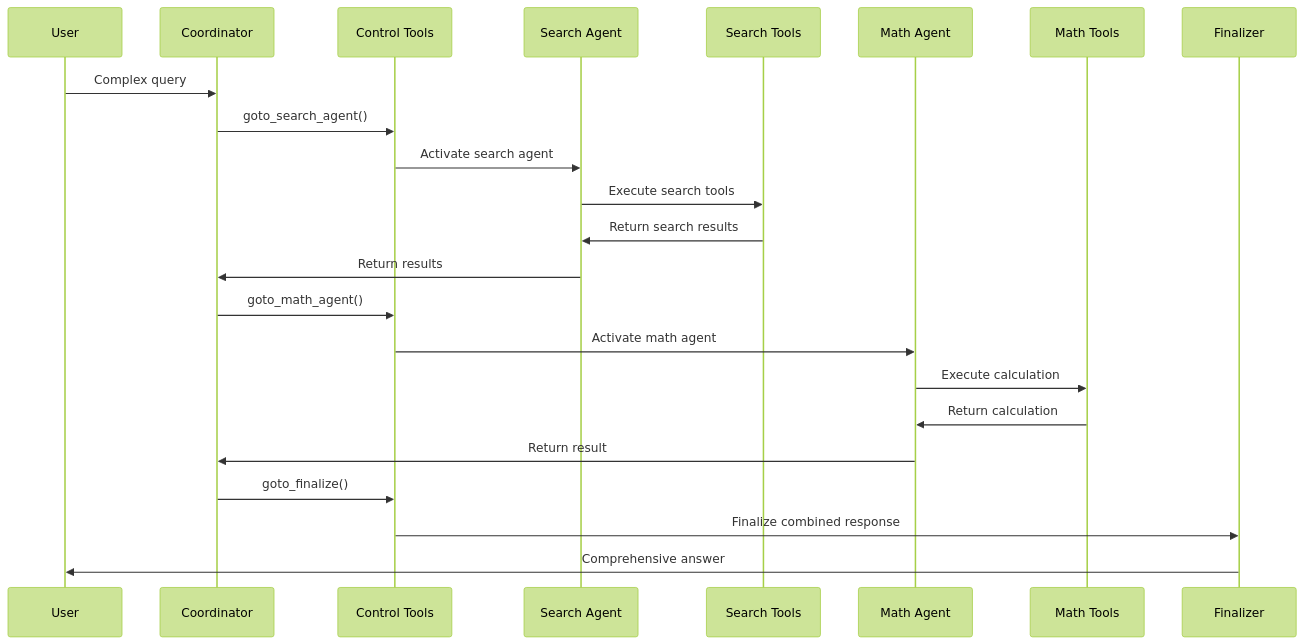
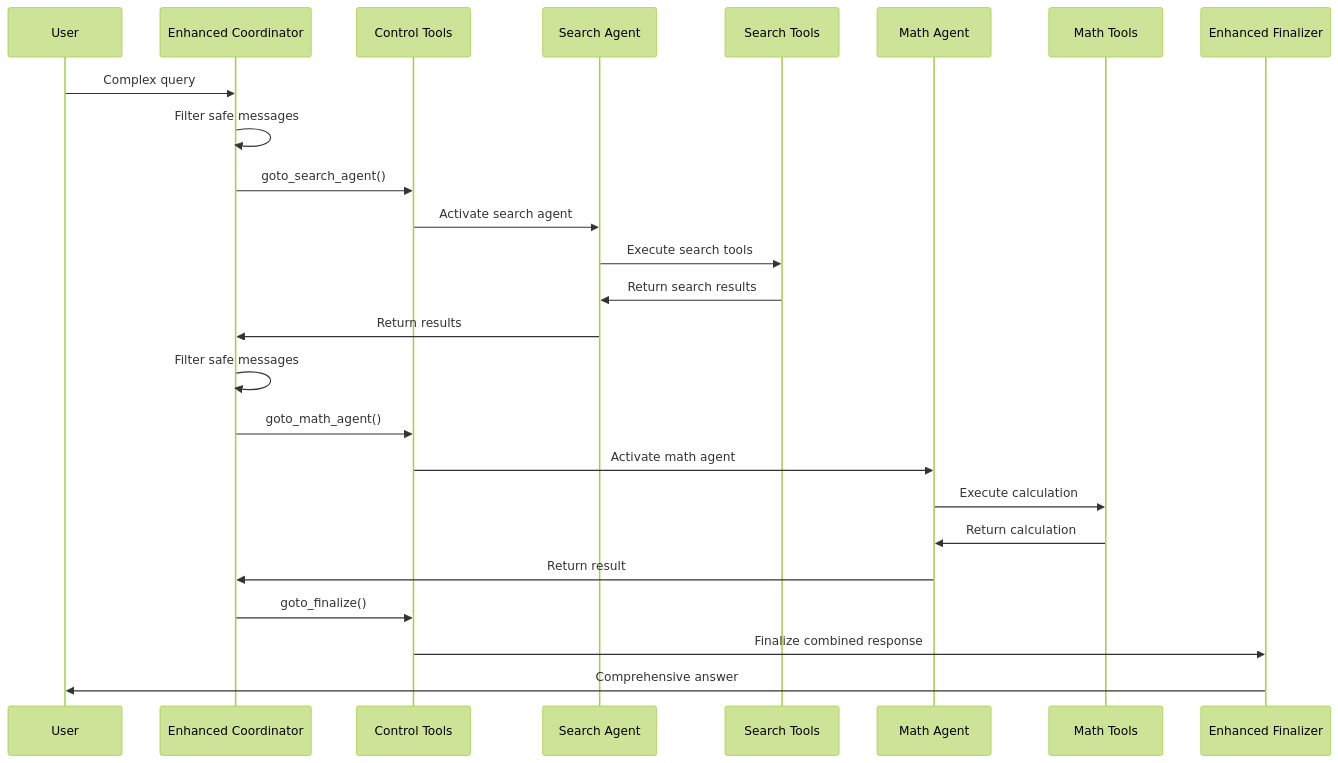
Diagram 13 of 19 in docs/concepts/langgraph-architecture.md (jonaskahn/cadence), drawn with Mermaid (forest theme) before and after one commit. The commit also changed other lines of this file and 37 other files, not shown here.

````diff
--- a/docs/concepts/langgraph-architecture.md
+++ b/docs/concepts/langgraph-architecture.md
@@ -651,26 +895,28 @@
 ```mermaid
 sequenceDiagram
     participant U as User
-    participant C as Coordinator
+    participant C as Enhanced Coordinator
     participant CT as Control Tools
     participant SA as Search Agent
     participant ST as Search Tools
     participant MA as Math Agent
     participant MT as Math Tools
-    participant F as Finalizer
+    participant F as Enhanced Finalizer
     
     U->>C: Complex query
+    C->>C: Filter safe messages
     C->>CT: goto_search_agent()
     CT->>SA: Activate search agent
     SA->>ST: Execute search tools
     ST->>SA: Return search results
     SA->>C: Return results
+    C->>C: Filter safe messages
     C->>CT: goto_math_agent()
     CT->>MA: Activate math agent
     MA->>MT: Execute calculation
     MT->>MA: Return calculation
     MA->>C: Return result
     C->>CT: goto_finalize()
     CT->>F: Finalize combined response
     F->>U: Comprehensive answer
 ```
````
